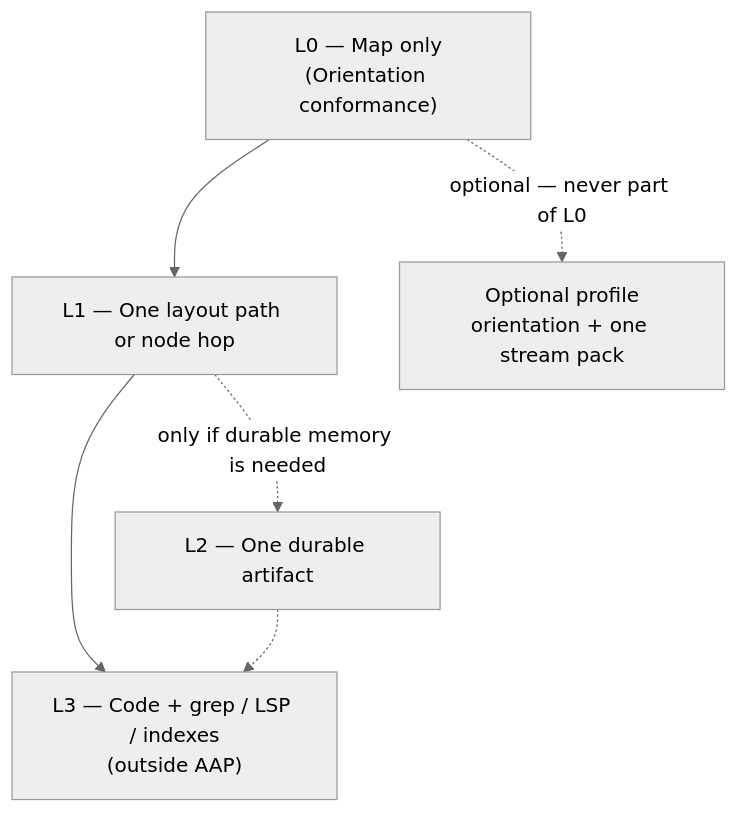
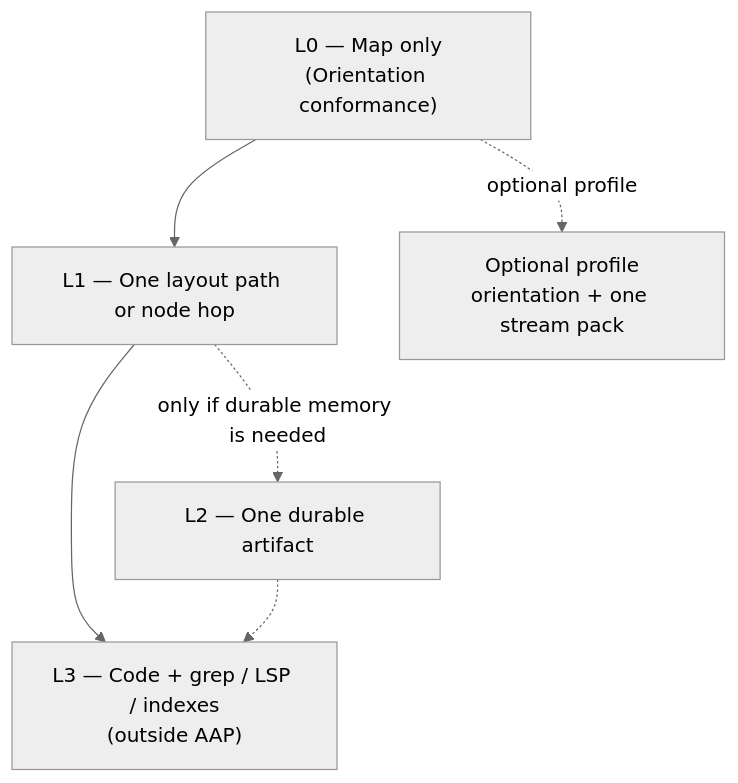
The second of 5 diagrams in README.md (gitpash/agent-artifact-protocol), drawn with Mermaid (neutral theme) before and after one commit. The commit also changed other lines of this file, not shown here.

````diff
--- a/README.md
+++ b/README.md
@@ -101,14 +102,14 @@
 ```mermaid
 flowchart TD
   L0["L0 — Map only<br/>(Orientation conformance)"]
   L1["L1 — One layout path or node hop"]
   L2["L2 — One durable artifact"]
   L3["L3 — Code + grep / LSP / indexes<br/>(outside AAP)"]
   P["Optional profile<br/>orientation + one stream pack"]
 
   L0 --> L1
   L1 --> L3
   L1 -.->|only if durable memory is needed| L2
   L2 -.-> L3
-  L0 -.->|optional — never part of L0| P
+  L0 -.->|optional profile| P
 ```
````
